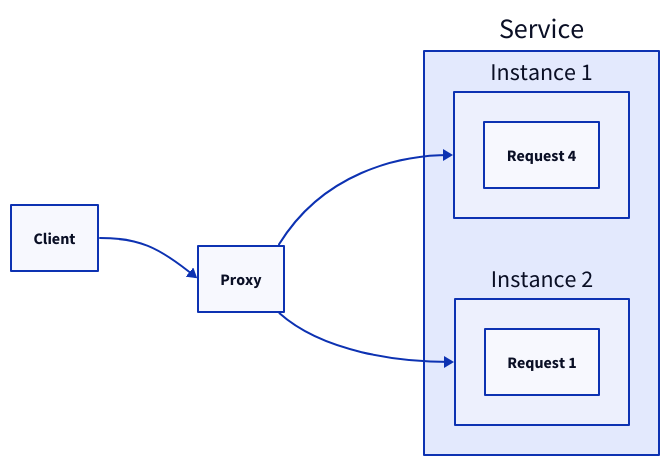
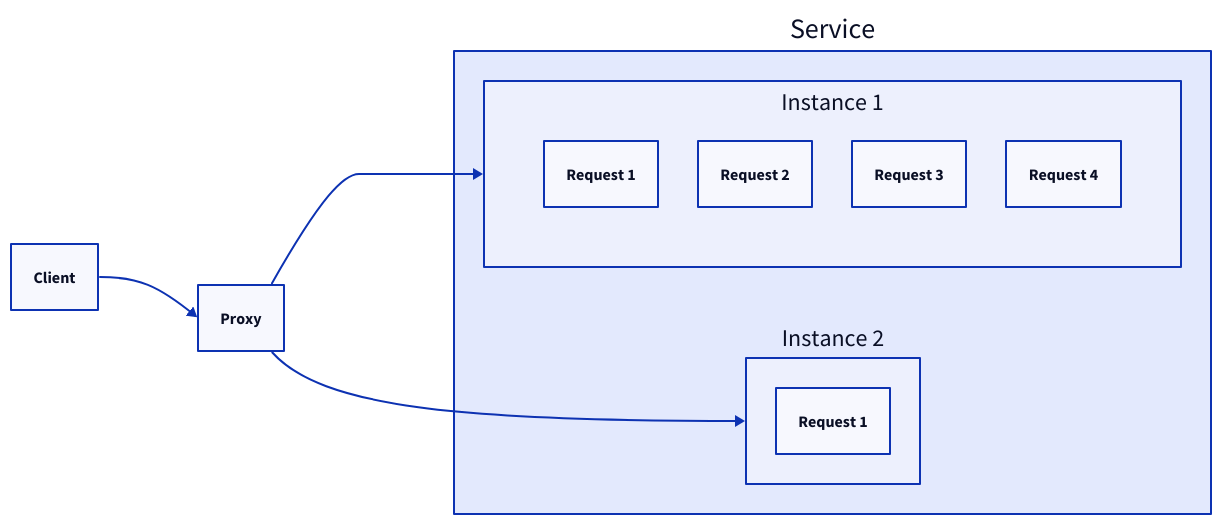
One commit to link1905/system-design-101 changed the second of 20 diagrams in content/docs/web-service/load-balancer.md. Above: the diagram before and after it, drawn with D2. The commit also changed other lines of this file and 14 other files, not shown here.

````diff
--- a/content/docs/web-service/load-balancer.md
+++ b/content/docs/web-service/load-balancer.md
@@ -55,24 +55,35 @@
 ```d2
 
 direction: right
 c: Client {
   class: client
 }
 p: Proxy {
   class: lb
 }
 s: Service {
   s1: Instance 1 {
-    r: Request 1
-    r: Request 2
-    r: Request 3
-    r: Request 4
+    grid-rows: 1
+    r1: Request 1 {
+      class: request
+    }
+    r2: Request 2 {
+      class: request
+    }
+    r3: Request 3 {
+      class: request
+    }
+    r4: Request 4 {
+      class: request
+    }
   }
   s2: Instance 2 {
-    r: Request 1
+    r1: Request 1 {
+      class: request
+    }
   }
 }
 c -> p
 p -> s.s1
 p -> s.s2
 ```
````
